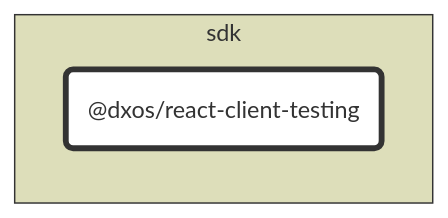
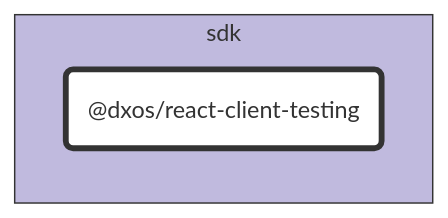
One commit to dxos/dxos changed the diagram in packages/sdk/react-client-testing/docs/README.md. Above: the diagram before and after it, drawn with Mermaid. The commit also changed 86 other files, not shown here.

````diff
--- a/packages/sdk/react-client-testing/docs/README.md
+++ b/packages/sdk/react-client-testing/docs/README.md
@@ -7,20 +7,20 @@
 ```mermaid
 %%{ init: {'flowchart':{'curve':'basis'}} }%%
 
 flowchart LR
 
 %% Classes
 classDef def fill:#fff,stroke:#333,stroke-width:1px
 classDef root fill:#fff,stroke:#333,stroke-width:4px
 
 %% Nodes
 
 subgraph sdk [sdk]
-  style sdk fill:#dddeba,stroke:#333
+  style sdk fill:#c0bade,stroke:#333
   dxos/react-client-testing("@dxos/react-client-testing"):::root
   click dxos/react-client-testing "dxos/dxos/tree/main/packages/sdk/react-client-testing/docs"
 end
 
 %% Links
 linkStyle default stroke:#333,stroke-width:1px
 ```
````
